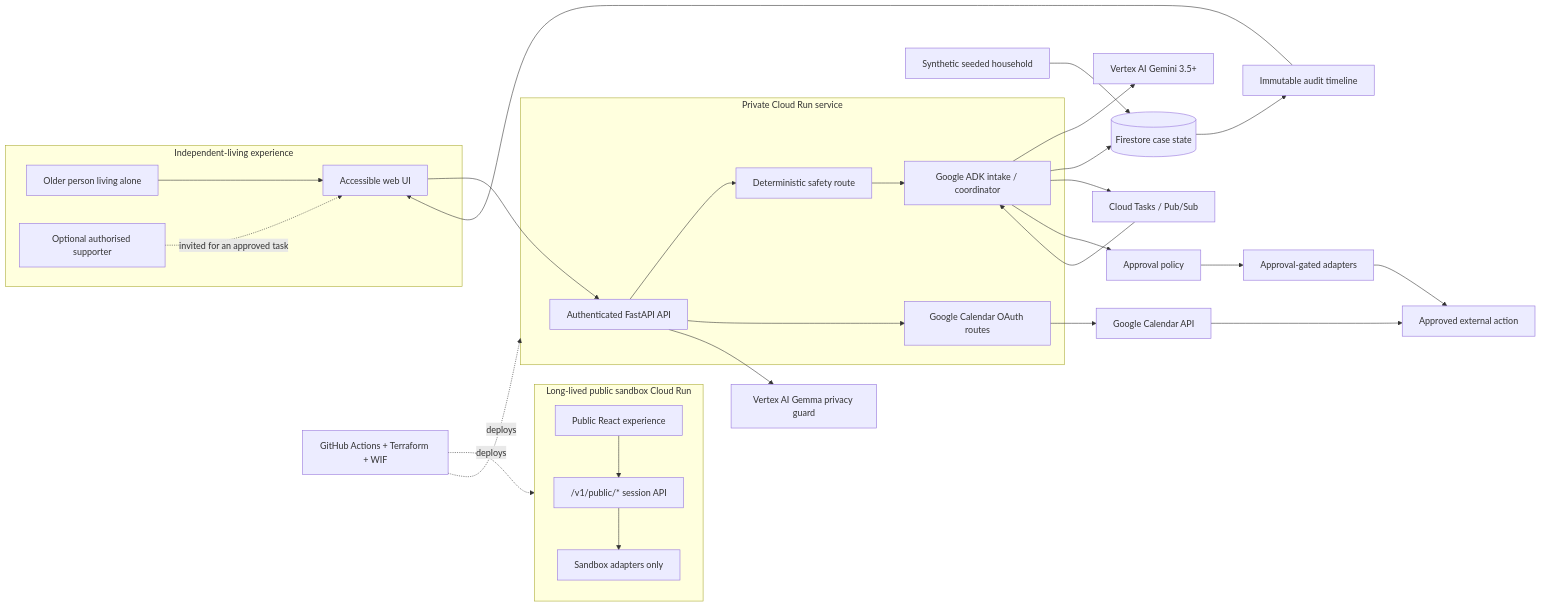
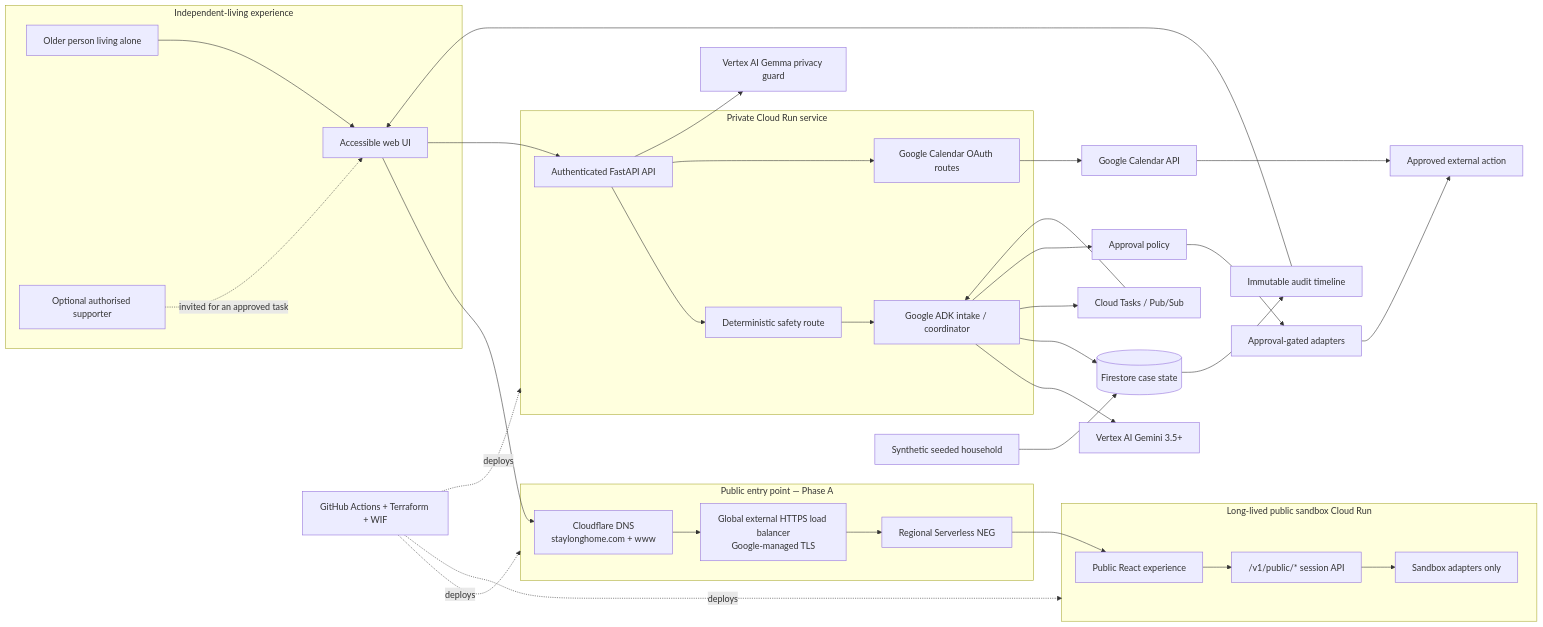
One commit to sailing-together/StayLong changed the diagram in docs/architecture.md. Above: the diagram before and after it, drawn with Mermaid. The commit also changed other lines of this file and 1 other file, not shown here.

Commit message:
docs: align architecture with public edge

````diff
--- a/docs/architecture.md
+++ b/docs/architecture.md
@@ -7,32 +7,39 @@
 ```mermaid
 flowchart LR
   subgraph EXPERIENCE["Independent-living experience"]
     U["Older person living alone"] --> W["Accessible web UI"]
     S["Optional authorised supporter"] -. invited for an approved task .-> W
   end
+  subgraph EDGE["Public entry point — Phase A"]
+    DNS["Cloudflare DNS\nstaylonghome.com + www"] --> LB["Global external HTTPS load balancer\nGoogle-managed TLS"]
+    LB --> NEG["Regional Serverless NEG"]
+  end
   subgraph PUBLIC["Long-lived public sandbox Cloud Run"]
     PW["Public React experience"] --> PS["/v1/public/* session API"]
     PS --> SA["Sandbox adapters only"]
   end
+  W --> DNS
+  NEG --> PW
   subgraph PRIVATE["Private Cloud Run service"]
     W --> API["Authenticated FastAPI API"]
     API --> R["Deterministic safety route"]
     R --> ADK["Google ADK intake / coordinator"]
     API --> O["Google Calendar OAuth routes"]
   end
   ADK --> V["Vertex AI Gemini 3.5+"]
   API --> G["Vertex AI Gemma privacy guard"]
   ADK --> F[("Firestore case state")]
   ADK --> Q["Cloud Tasks / Pub/Sub"]
   Q --> ADK
   ADK --> P["Approval policy"]
   P --> T["Approval-gated adapters"]
   T --> C["Approved external action"]
   O --> GT["Google Calendar API"]
   GT --> C
   F --> L["Immutable audit timeline"]
   L --> W
   D["Synthetic seeded household"] --> F
-  CI["GitHub Actions + Terraform + WIF"] -. deploys .-> PUBLIC
+  CI["GitHub Actions + Terraform + WIF"] -. deploys .-> EDGE
+  CI -. deploys .-> PUBLIC
   CI -. deploys .-> PRIVATE
 ```
````
